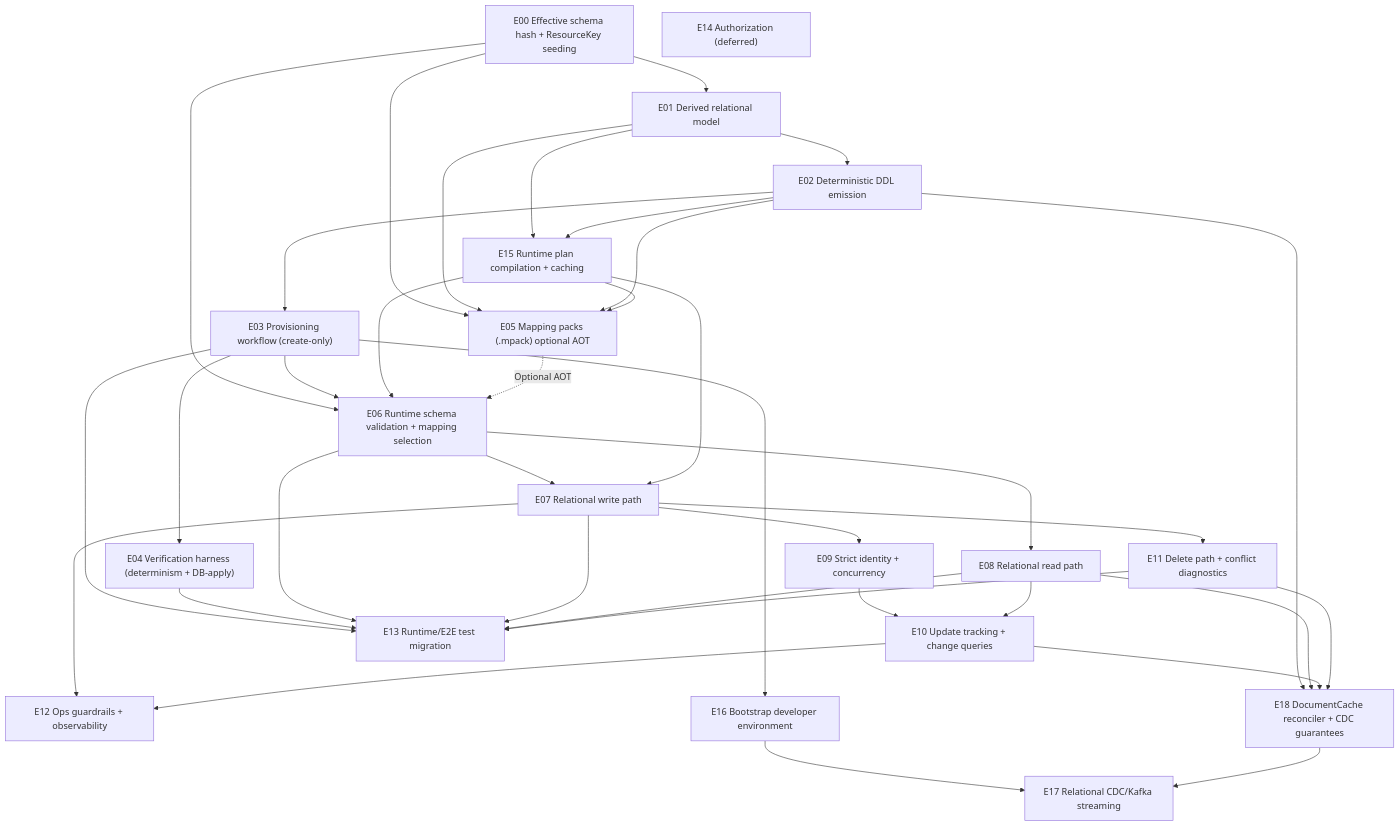
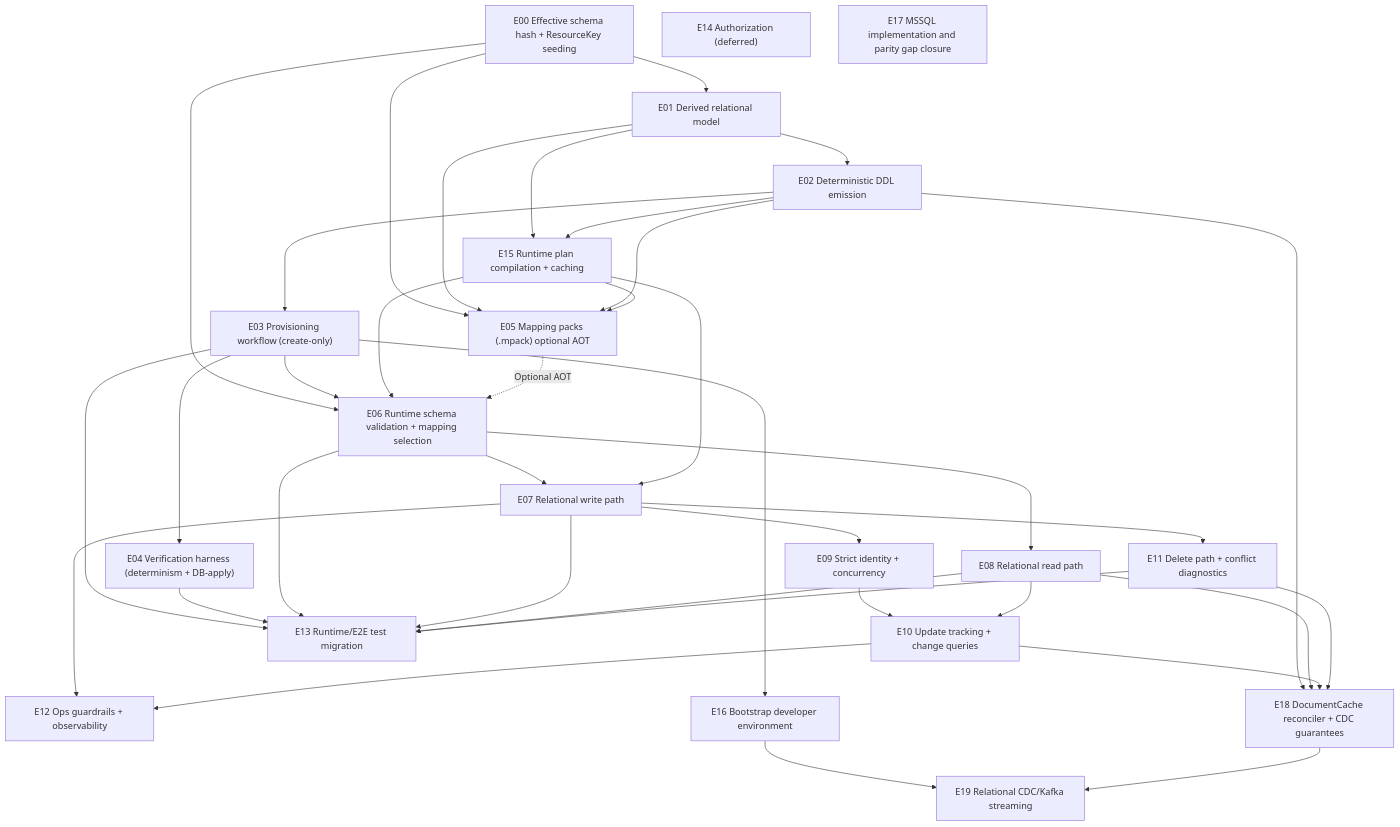
One commit to Ed-Fi-Alliance-OSS/Data-Management-Service changed the diagram in reference/design/backend-redesign/epics/DEPENDENCIES.md. Above: the diagram before and after it, drawn with Mermaid. The commit also changed other lines of this file and 20 other files, not shown here.

````diff
--- a/reference/design/backend-redesign/epics/DEPENDENCIES.md
+++ b/reference/design/backend-redesign/epics/DEPENDENCIES.md
@@ -26,63 +26,65 @@
 ```mermaid
 graph TD
   E00["E00 Effective schema hash + ResourceKey seeding"]
   E01["E01 Derived relational model"]
   E02["E02 Deterministic DDL emission"]
   E03["E03 Provisioning workflow (create-only)"]
   E04["E04 Verification harness (determinism + DB-apply)"]
   E05["E05 Mapping packs (.mpack) optional AOT"]
   E06["E06 Runtime schema validation + mapping selection"]
   E07["E07 Relational write path"]
   E08["E08 Relational read path"]
   E09["E09 Strict identity + concurrency"]
   E10["E10 Update tracking + change queries"]
   E11["E11 Delete path + conflict diagnostics"]
   E12["E12 Ops guardrails + observability"]
   E13["E13 Runtime/E2E test migration"]
   E14["E14 Authorization (deferred)"]
   E15["E15 Runtime plan compilation + caching"]
   E16["E16 Bootstrap developer environment"]
-  E17["E17 Relational CDC/Kafka streaming"]
+  E17["E17 MSSQL implementation and parity gap closure"]
   E18["E18 DocumentCache reconciler + CDC guarantees"]
+  E19["E19 Relational CDC/Kafka streaming"]
 
   E00 --> E01 --> E02 --> E03 --> E04
 
   E01 --> E15
   E02 --> E15
 
   E00 --> E05
   E01 --> E05
   E02 --> E05
   E15 --> E05
 
   E00 --> E06
   E03 --> E06
   E15 --> E06
   E05 -. Optional AOT .-> E06
 
   E06 --> E07 --> E09 --> E10
   E15 --> E07
   E06 --> E08 --> E10
   E07 --> E11
   E07 --> E12
   E10 --> E12
 
   E03 --> E13
   E04 --> E13
   E06 --> E13
   E07 --> E13
   E08 --> E13
   E11 --> E13
 
   E03 --> E16
 
   E02 --> E18
   E08 --> E18
   E10 --> E18
   E11 --> E18
 
-  E16 --> E17
-  E18 --> E17
+  E16 --> E19
+  E18 --> E19
 
   E14
+  E17
 ```
````
